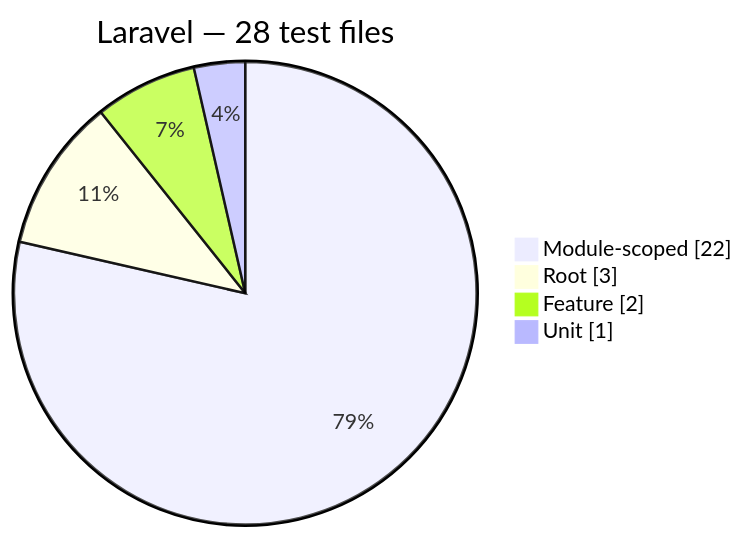
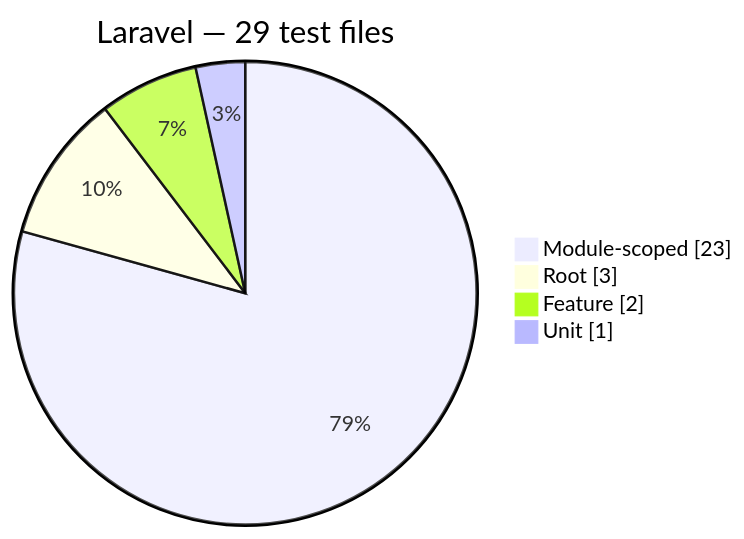
The seventh of 7 diagrams in docs/generated/test-composition.md (Mohammed-Alama/php-arazzo), drawn with Mermaid before and after one commit. The commit also changed other lines of this file and 4 other files, not shown here.

Commit message:
test(laravel): enforce runner public-face seam in laravel wiring — refs #61

````diff
--- a/docs/generated/test-composition.md
+++ b/docs/generated/test-composition.md
@@ -110,8 +110,8 @@
 ```mermaid
 pie showData
-    title Laravel — 28 test files
-    "Module-scoped": 22
+    title Laravel — 29 test files
+    "Module-scoped": 23
     "Root": 3
     "Feature": 2
     "Unit": 1
 ```
````
